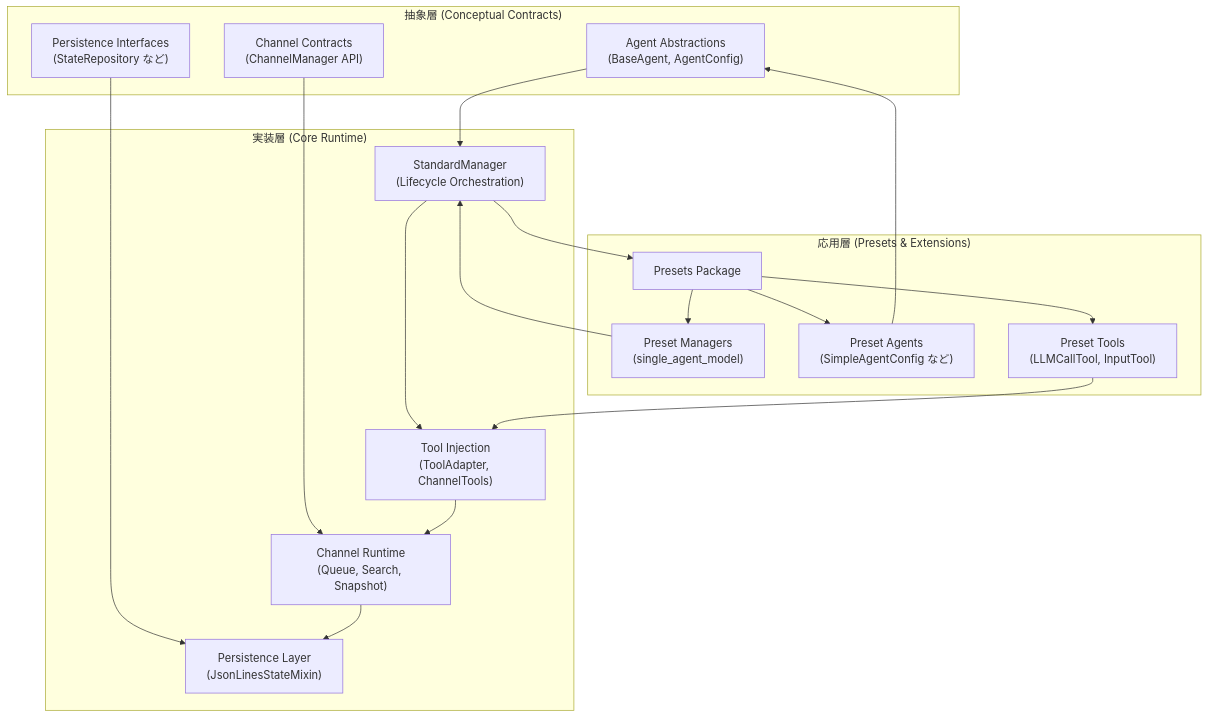
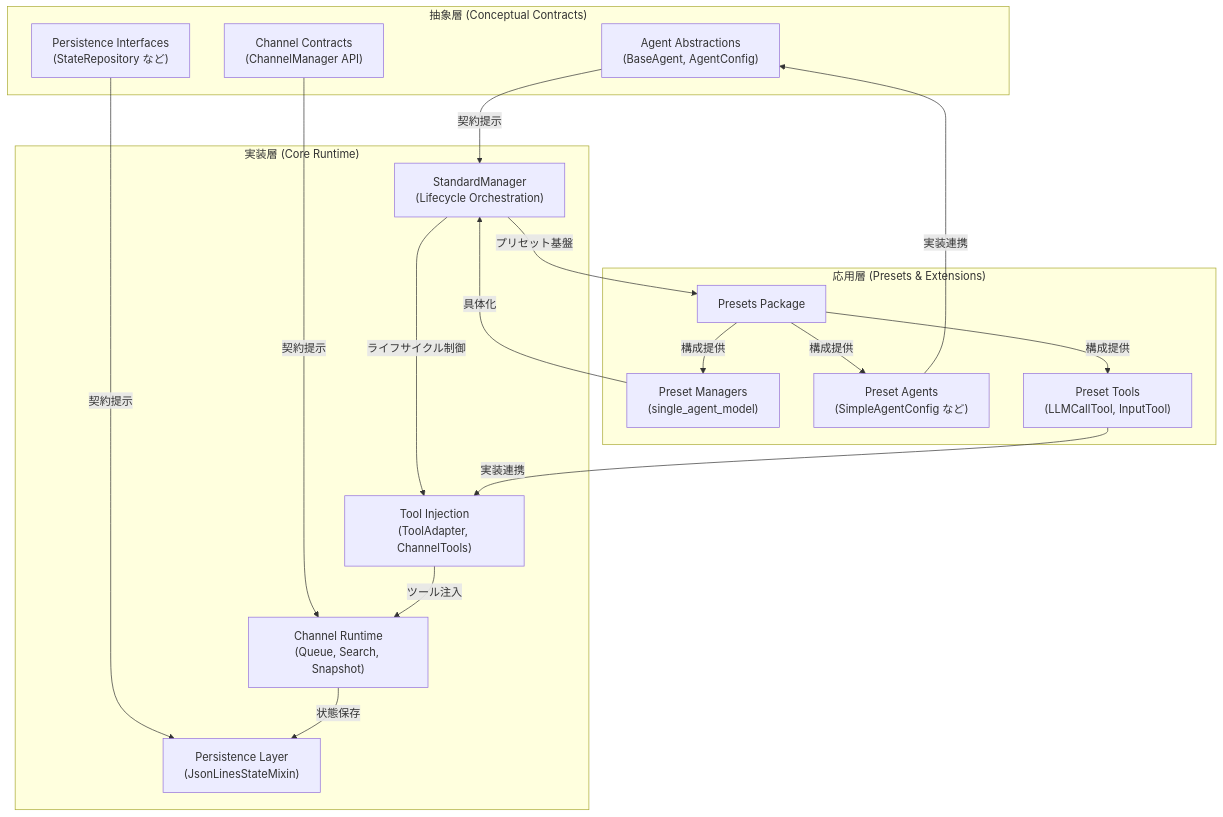
One commit to n-kats/ai-agents changed the diagram in docs/library_structure.md. Above: the diagram before and after it, drawn with Mermaid. The commit also changed 1 other file, not shown here.

````diff
--- a/docs/library_structure.md
+++ b/docs/library_structure.md
@@ -7,36 +7,36 @@
 ```mermaid
 graph TB
     subgraph Abstract["抽象層 (Conceptual Contracts)"]
         agent_api["Agent Abstractions<br/>(BaseAgent, AgentConfig)"]
         channel_contracts["Channel Contracts<br/>(ChannelManager API)"]
         persistence_contracts["Persistence Interfaces<br/>(StateRepository など)"]
     end
 
     subgraph CoreRuntime["実装層 (Core Runtime)"]
         manager_layer["StandardManager<br/>(Lifecycle Orchestration)"]
         channel_runtime["Channel Runtime<br/>(Queue, Search, Snapshot)"]
         persistence_runtime["Persistence Layer<br/>(JsonLinesStateMixin)"]
         tool_injection["Tool Injection<br/>(ToolAdapter, ChannelTools)"]
     end
 
     subgraph Extensions["応用層 (Presets & Extensions)"]
         presets["Presets Package"]
         preset_managers["Preset Managers<br/>(single_agent_model)"]
         preset_agents["Preset Agents<br/>(SimpleAgentConfig など)"]
         preset_tools["Preset Tools<br/>(LLMCallTool, InputTool)"]
     end
 
-    agent_api --> manager_layer
-    channel_contracts --> channel_runtime
-    persistence_contracts --> persistence_runtime
-    manager_layer --> tool_injection
-    tool_injection --> channel_runtime
-    channel_runtime --> persistence_runtime
-    manager_layer --> presets
-    presets --> preset_managers
-    presets --> preset_agents
-    presets --> preset_tools
-    preset_managers --> manager_layer
-    preset_agents --> agent_api
-    preset_tools --> tool_injection
+    agent_api -->|契約提示| manager_layer
+    channel_contracts -->|契約提示| channel_runtime
+    persistence_contracts -->|契約提示| persistence_runtime
+    manager_layer -->|ライフサイクル制御| tool_injection
+    tool_injection -->|ツール注入| channel_runtime
+    channel_runtime -->|状態保存| persistence_runtime
+    manager_layer -->|プリセット基盤| presets
+    presets -->|構成提供| preset_managers
+    presets -->|構成提供| preset_agents
+    presets -->|構成提供| preset_tools
+    preset_managers -->|具体化| manager_layer
+    preset_agents -->|実装連携| agent_api
+    preset_tools -->|実装連携| tool_injection
 ```
````
